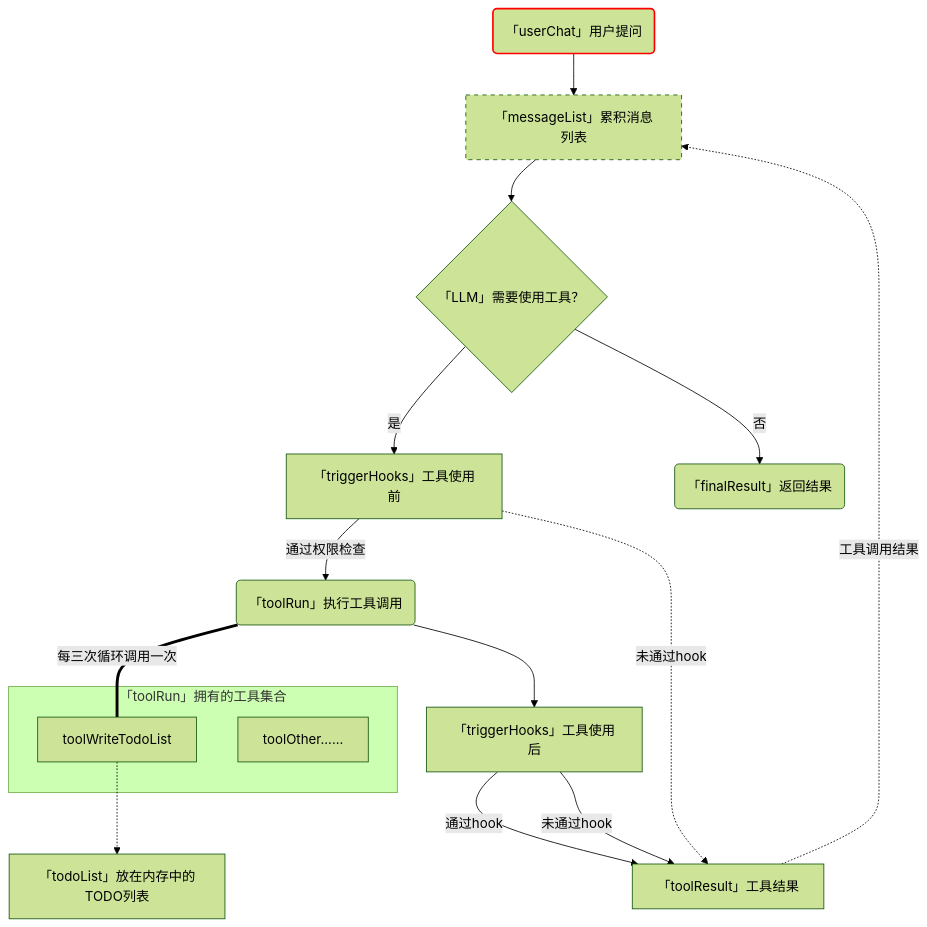
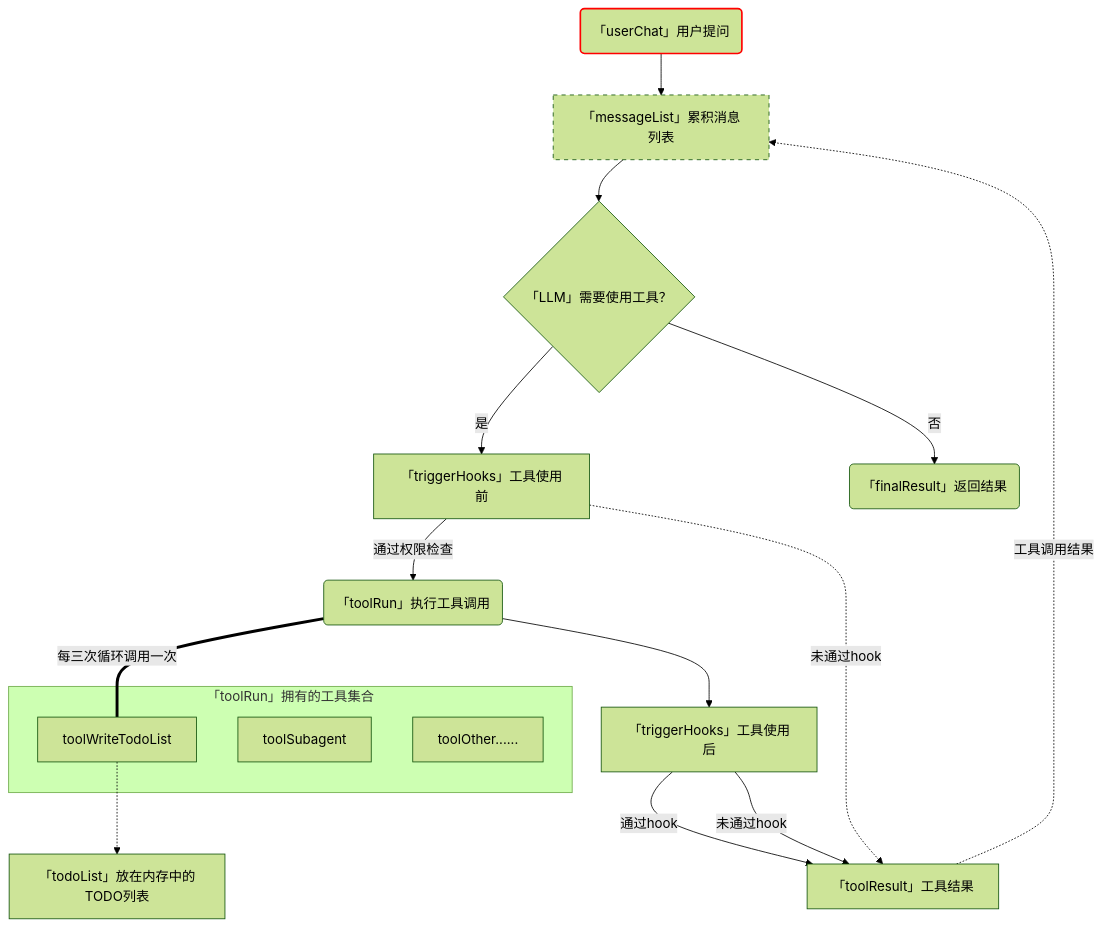
Before and after one commit to zjinc36/zjinc36.github.io: the diagram in 2026/20260904-learnClaudeCode_006_subagent.md, drawn with Mermaid (forest theme). The commit also changed other lines of this file, not shown here.

````diff
--- a/2026/20260904-learnClaudeCode_006_subagent.md
+++ b/2026/20260904-learnClaudeCode_006_subagent.md
@@ -6,35 +8,36 @@
 ```mermaid
 flowchart TD
     userChat@{shape: rounded, label: "「userChat」用户提问"}
     LLM@{shape: diamond, label: "「LLM」需要使用工具？" }
     toolRun@{shape: rounded, label: "「toolRun」执行工具调用"}
     finalResult@{shape: rounded, label: "「finalResult」返回结果"}
     messageList@{shape: rect, label: "「messageList」累积消息列表"}
     toolResult@{shape: rect, label: "「toolResult」工具结果"}
     todoList@{shape: rect, label: "「todoList」放在内存中的TODO列表"}
     hookPreToolUse@{shape: rect, label: "「triggerHooks」工具使用前"}
     hookPostToolUse@{shape: rect, label: "「triggerHooks」工具使用后"}
 
     subgraph toolBox[「toolRun」拥有的工具集合]
         toolWriteTodoList@{shape: rect, label: "toolWriteTodoList"}
+        toolSubagent@{shape: rect, label: "toolSubagent"}
         toolOther@{shape: rect, label: "toolOther......"}
     end
 
     userChat --> messageList
     LLM -->|是| hookPreToolUse
     hookPreToolUse -->|通过权限检查| toolRun
     hookPreToolUse -.->|未通过hook| toolResult
     LLM -->|否| finalResult
     toolRun ===|每三次循环调用一次| toolWriteTodoList
     toolWriteTodoList -.-> todoList
     toolRun --> hookPostToolUse
     hookPostToolUse -->|通过hook| toolResult
     hookPostToolUse -->|未通过hook| toolResult
     toolResult -.->|工具调用结果| messageList
     messageList --> LLM
 
     style userChat stroke:#ff0000, stroke-width:2px
 
     messageList:::dashedNode
     classDef dashedNode stroke-dasharray: 5 5
 ```
````
